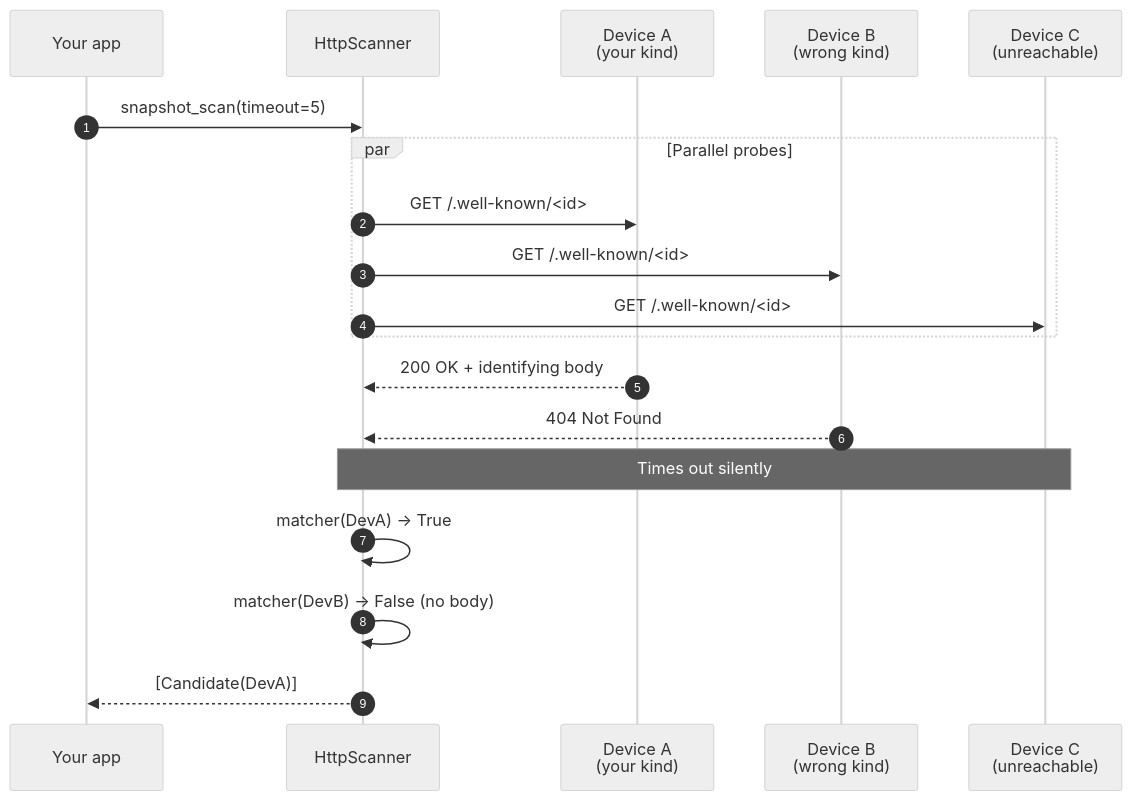
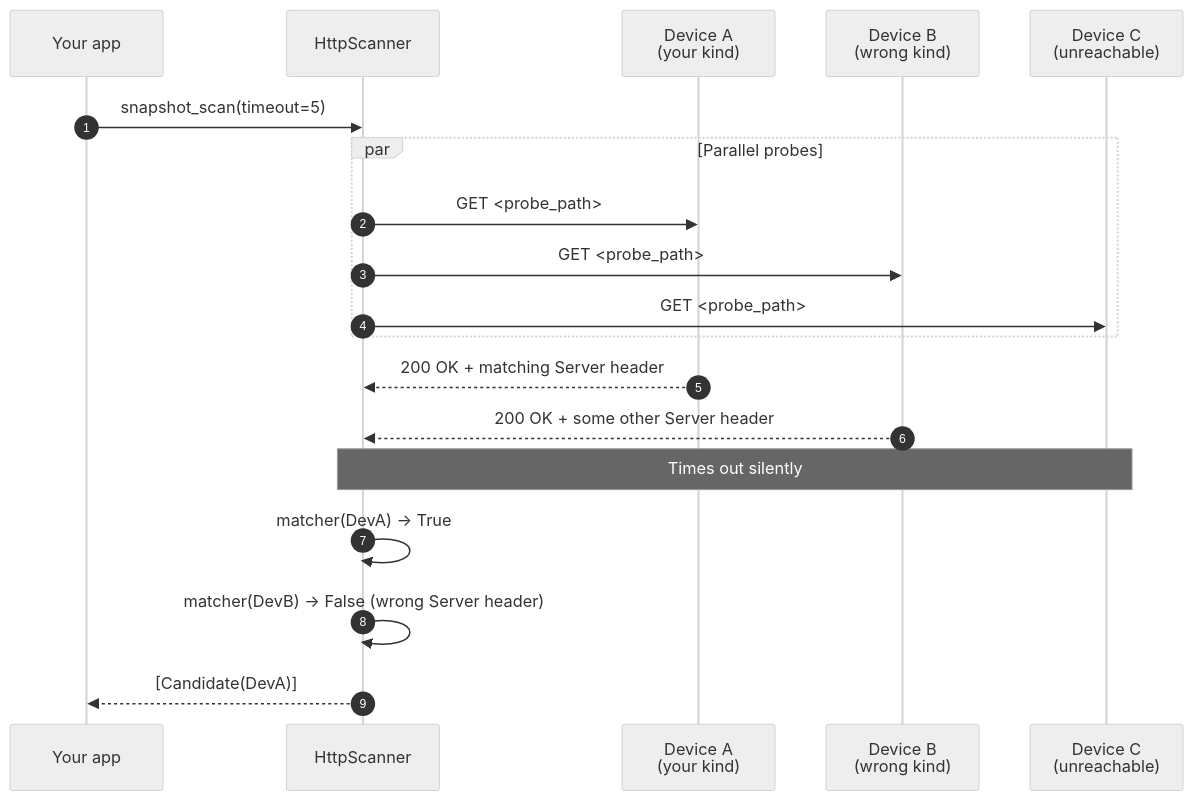
Before and after one commit to jugglingbear/kandra: the diagram in docs/concepts/scanner.md, drawn with Mermaid (neutral theme). The commit also changed 3 other files, not shown here.

````diff
--- a/docs/concepts/scanner.md
+++ b/docs/concepts/scanner.md
@@ -65,23 +65,23 @@
 ```{mermaid}
 sequenceDiagram
     autonumber
     participant App as Your app
     participant Scanner as HttpScanner
     participant DevA as Device A<br/>(your kind)
     participant DevB as Device B<br/>(wrong kind)
     participant DevC as Device C<br/>(unreachable)
 
     App->>Scanner: snapshot_scan(timeout=5)
     par Parallel probes
-        Scanner->>DevA: GET /.well-known/<id>
-        Scanner->>DevB: GET /.well-known/<id>
-        Scanner->>DevC: GET /.well-known/<id>
+        Scanner->>DevA: GET <probe_path>
+        Scanner->>DevB: GET <probe_path>
+        Scanner->>DevC: GET <probe_path>
     end
-    DevA-->>Scanner: 200 OK + identifying body
-    DevB-->>Scanner: 404 Not Found
+    DevA-->>Scanner: 200 OK + matching Server header
+    DevB-->>Scanner: 200 OK + some other Server header
     Note over Scanner,DevC: Times out silently
 
     Scanner->>Scanner: matcher(DevA) -> True
-    Scanner->>Scanner: matcher(DevB) -> False (no body)
+    Scanner->>Scanner: matcher(DevB) -> False (wrong Server header)
     Scanner-->>App: [Candidate(DevA)]
 ```
````
